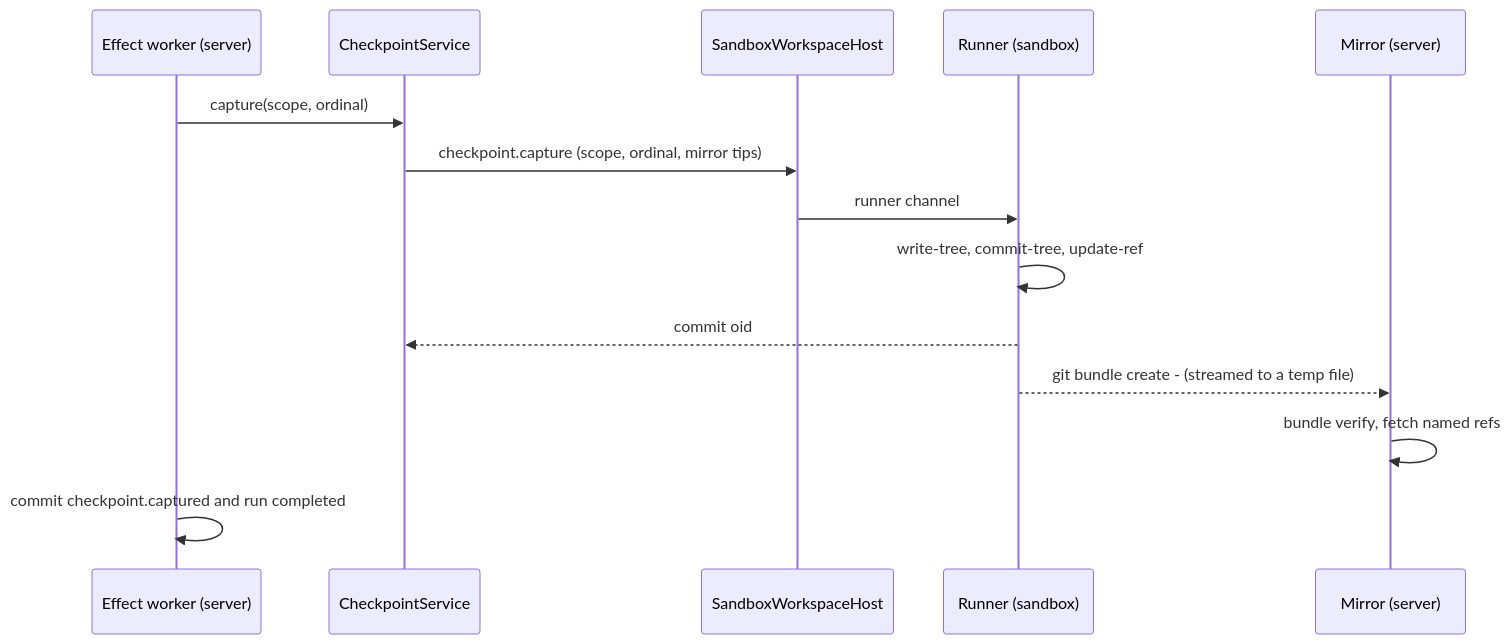
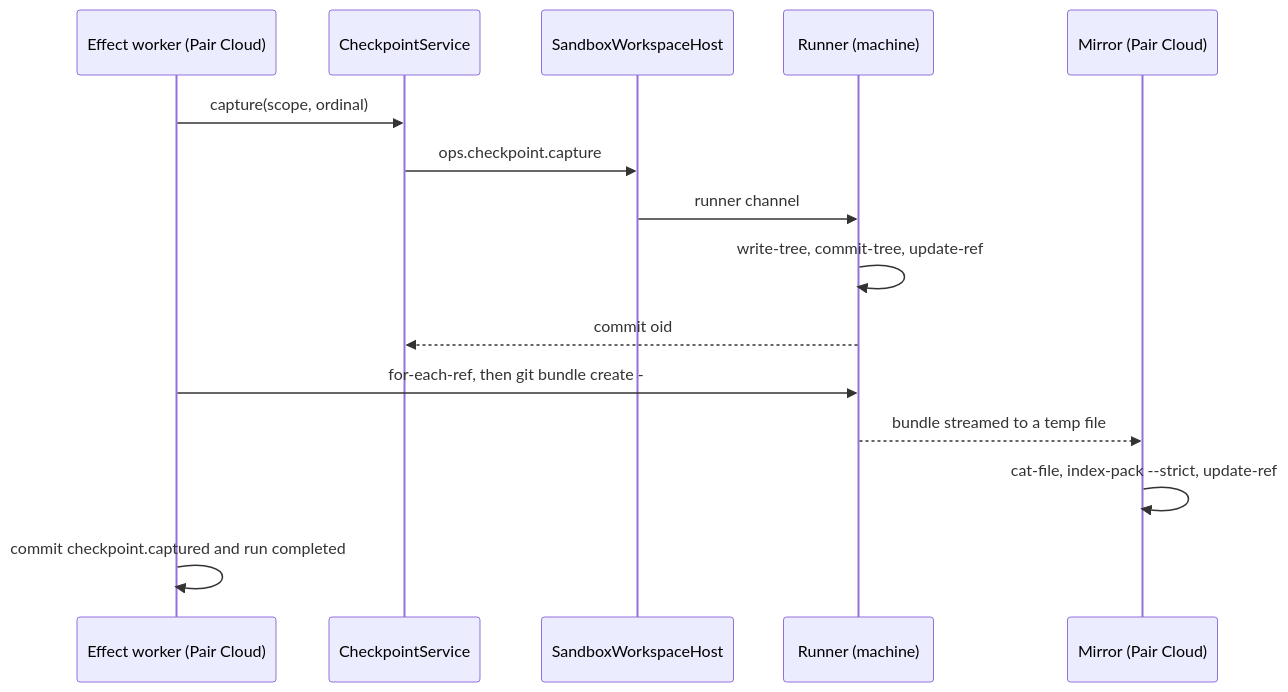
The first of 2 diagrams in docs/product/cloud/07-access-and-data.md (rutvikchandla3/pair), drawn with Mermaid before and after one commit. The commit also changed other lines of this file and 13 other files, not shown here.

First line of the commit message:
docs: rewrite the Pair Cloud plan for local-first Pair Cloud

````diff
--- a/docs/product/cloud/07-access-and-data.md
+++ b/docs/product/cloud/07-access-and-data.md
@@ -111,16 +157,17 @@
 ```mermaid
 sequenceDiagram
-  participant EW as Effect worker (server)
+  participant EW as Effect worker (Pair Cloud)
   participant CS as CheckpointService
   participant WH as SandboxWorkspaceHost
-  participant R as Runner (sandbox)
-  participant M as Mirror (server)
+  participant R as Runner (machine)
+  participant M as Mirror (Pair Cloud)
   EW->>CS: capture(scope, ordinal)
-  CS->>WH: checkpoint.capture (scope, ordinal, mirror tips)
+  CS->>WH: ops.checkpoint.capture
   WH->>R: runner channel
   R->>R: write-tree, commit-tree, update-ref
   R-->>CS: commit oid
-  R-->>M: git bundle create - (streamed to a temp file)
-  M->>M: bundle verify, fetch named refs
+  EW->>R: for-each-ref, then git bundle create -
+  R-->>M: bundle streamed to a temp file
+  M->>M: cat-file, index-pack --strict, update-ref
   EW->>EW: commit checkpoint.captured and run completed
 ```
````
